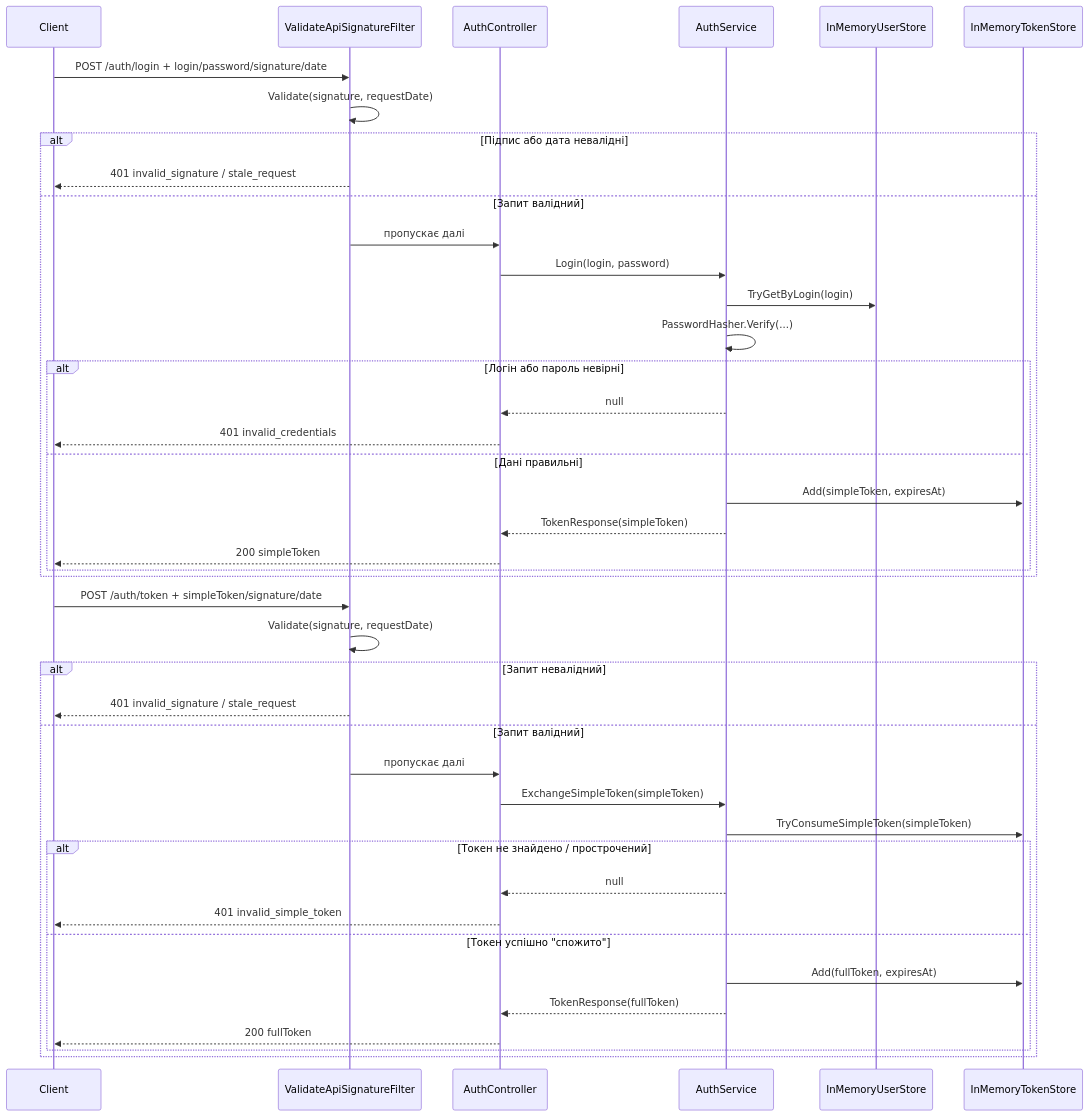
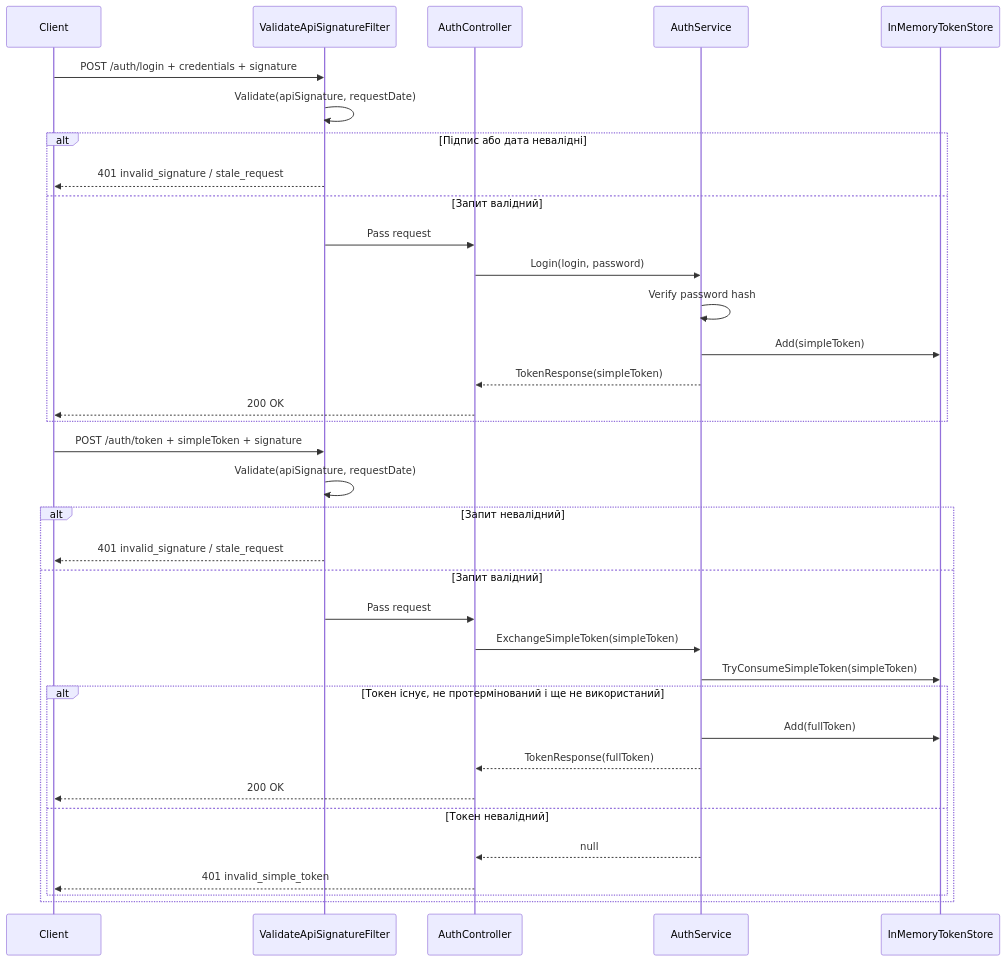
Before and after one commit to 4aarodei/SecureAuth: the second of 3 diagrams in docs/ArchitectureDiagrams.md, drawn with Mermaid. The commit also changed other lines of this file and 18 other files, not shown here.

````diff
--- a/docs/ArchitectureDiagrams.md
+++ b/docs/ArchitectureDiagrams.md
@@ -62,46 +43,39 @@
 ```mermaid
 sequenceDiagram
     participant Client as Client
     participant Filter as ValidateApiSignatureFilter
     participant Controller as AuthController
     participant Service as AuthService
-    participant Users as InMemoryUserStore
     participant Tokens as InMemoryTokenStore
 
-    Client->>Filter: POST /auth/login + login/password/signature/date
-    Filter->>Filter: Validate(signature, requestDate)
+    Client->>Filter: POST /auth/login + credentials + signature
+    Filter->>Filter: Validate(apiSignature, requestDate)
     alt Підпис або дата невалідні
         Filter-->>Client: 401 invalid_signature / stale_request
     else Запит валідний
-        Filter->>Controller: пропускає далі
+        Filter->>Controller: Pass request
         Controller->>Service: Login(login, password)
-        Service->>Users: TryGetByLogin(login)
-        Service->>Service: PasswordHasher.Verify(...)
-        alt Логін або пароль невірні
-            Service-->>Controller: null
-            Controller-->>Client: 401 invalid_credentials
-        else Дані правильні
-            Service->>Tokens: Add(simpleToken, expiresAt)
-            Service-->>Controller: TokenResponse(simpleToken)
-            Controller-->>Client: 200 simpleToken
-        end
+        Service->>Service: Verify password hash
+        Service->>Tokens: Add(simpleToken)
+        Service-->>Controller: TokenResponse(simpleToken)
+        Controller-->>Client: 200 OK
     end
 
-    Client->>Filter: POST /auth/token + simpleToken/signature/date
-    Filter->>Filter: Validate(signature, requestDate)
+    Client->>Filter: POST /auth/token + simpleToken + signature
+    Filter->>Filter: Validate(apiSignature, requestDate)
     alt Запит невалідний
         Filter-->>Client: 401 invalid_signature / stale_request
     else Запит валідний
-        Filter->>Controller: пропускає далі
+        Filter->>Controller: Pass request
         Controller->>Service: ExchangeSimpleToken(simpleToken)
         Service->>Tokens: TryConsumeSimpleToken(simpleToken)
-        alt Токен не знайдено / прострочений
+        alt Токен існує, не протермінований і ще не використаний
+            Service->>Tokens: Add(fullToken)
+            Service-->>Controller: TokenResponse(fullToken)
+            Controller-->>Client: 200 OK
+        else Токен невалідний
             Service-->>Controller: null
             Controller-->>Client: 401 invalid_simple_token
-        else Токен успішно "спожито"
-            Service->>Tokens: Add(fullToken, expiresAt)
-            Service-->>Controller: TokenResponse(fullToken)
-            Controller-->>Client: 200 fullToken
         end
     end
 ```
````
